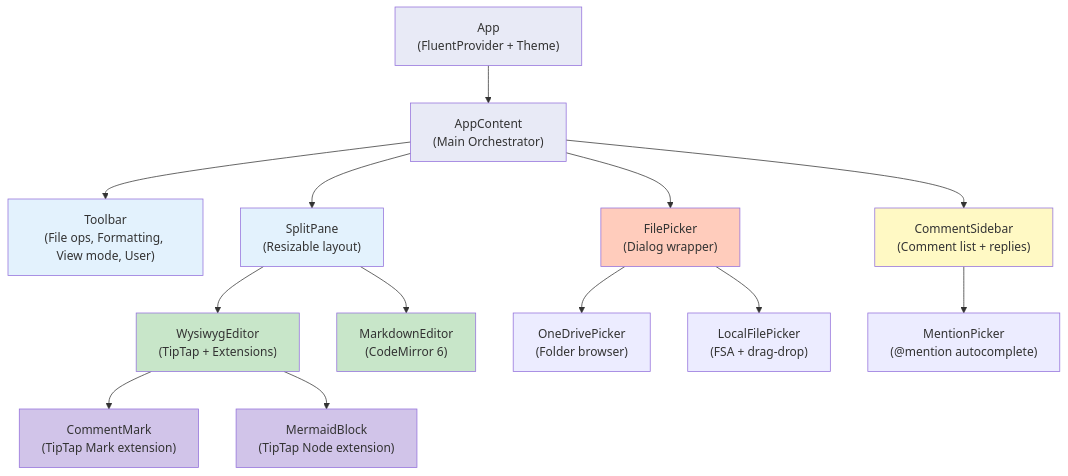
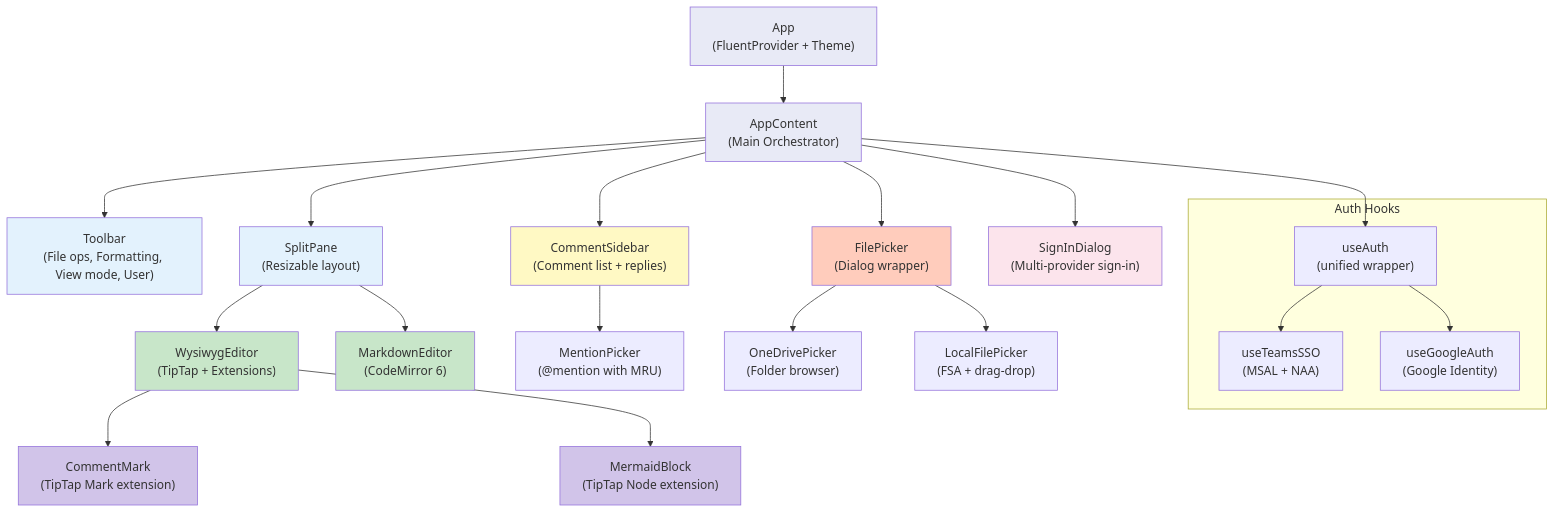
Before and after one commit to mazharm/mdedit: the second of 14 diagrams in docs/DESIGN.md, drawn with Mermaid. The commit also changed other lines of this file and 3 other files, not shown here.

````diff
--- a/docs/DESIGN.md
+++ b/docs/DESIGN.md
@@ -46,40 +47,53 @@
 ```mermaid
 graph TD
     App["App<br/>(FluentProvider + Theme)"]
     AppContent["AppContent<br/>(Main Orchestrator)"]
     TB["Toolbar<br/>(File ops, Formatting, View mode, User)"]
     SP["SplitPane<br/>(Resizable layout)"]
     WE["WysiwygEditor<br/>(TipTap + Extensions)"]
     ME["MarkdownEditor<br/>(CodeMirror 6)"]
     CS["CommentSidebar<br/>(Comment list + replies)"]
     FP["FilePicker<br/>(Dialog wrapper)"]
     ODP["OneDrivePicker<br/>(Folder browser)"]
     LFP["LocalFilePicker<br/>(FSA + drag-drop)"]
-    MP["MentionPicker<br/>(@mention autocomplete)"]
+    MP["MentionPicker<br/>(@mention with MRU)"]
     CM["CommentMark<br/>(TipTap Mark extension)"]
     MB["MermaidBlock<br/>(TipTap Node extension)"]
+    SD["SignInDialog<br/>(Multi-provider sign-in)"]
 
     App --> AppContent
     AppContent --> TB
     AppContent --> SP
     AppContent --> CS
     AppContent --> FP
+    AppContent --> SD
     SP --> WE
     SP --> ME
     WE --> CM
     WE --> MB
     CS --> MP
     FP --> ODP
     FP --> LFP
+
+    subgraph "Auth Hooks"
+        UA["useAuth<br/>(unified wrapper)"]
+        UTS["useTeamsSSO<br/>(MSAL + NAA)"]
+        UGA["useGoogleAuth<br/>(Google Identity)"]
+        UA --> UTS
+        UA --> UGA
+    end
+
+    AppContent --> UA
 
     style App fill:#e8eaf6
     style AppContent fill:#e8eaf6
     style TB fill:#e3f2fd
     style SP fill:#e3f2fd
     style WE fill:#c8e6c9
     style ME fill:#c8e6c9
     style CS fill:#fff9c4
     style FP fill:#ffccbc
     style CM fill:#d1c4e9
     style MB fill:#d1c4e9
+    style SD fill:#fce4ec
 ```
````
